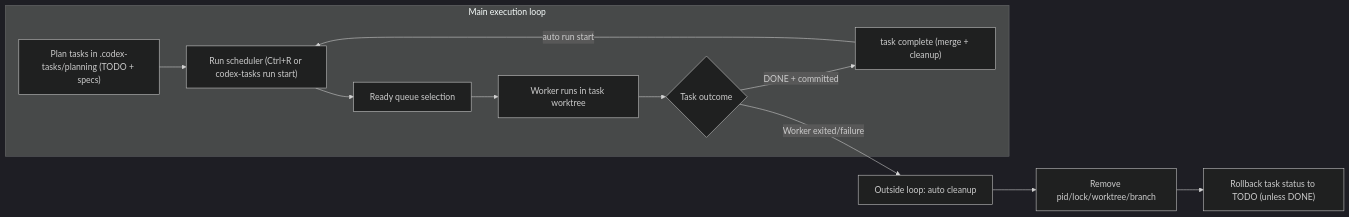
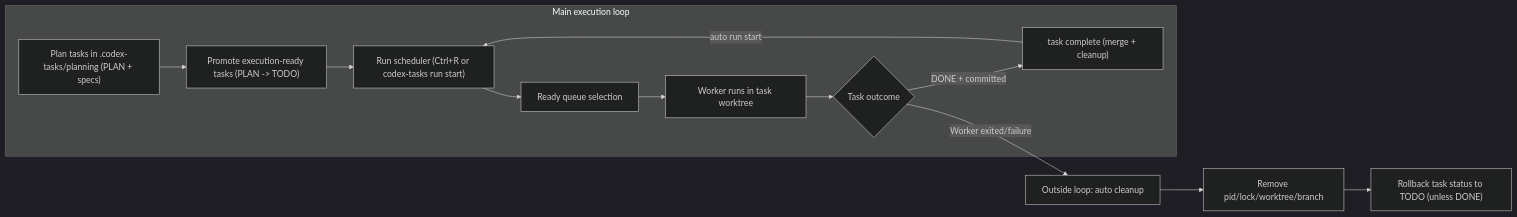
The second of 2 diagrams in README.md (jaycho46/codex-tasks), drawn with Mermaid (dark theme) before and after one commit. The commit also changed other lines of this file and 10 other files, not shown here.

````diff
--- a/README.md
+++ b/README.md
@@ -188,15 +198,16 @@
 ```mermaid
 flowchart LR
   subgraph MAIN["Main execution loop"]
-    A["Plan tasks in .codex-tasks/planning (TODO + specs)"] --> B["Run scheduler (Ctrl+R or codex-tasks run start)"]
+    A["Plan tasks in .codex-tasks/planning (PLAN + specs)"] --> A2["Promote execution-ready tasks (PLAN -> TODO)"]
+    A2 --> B["Run scheduler (Ctrl+R or codex-tasks run start)"]
     B --> C["Ready queue selection"]
     C --> D["Worker runs in task worktree"]
     D --> E{"Task outcome"}
     E -- "DONE + committed" --> F["task complete (merge + cleanup)"]
     F -->|"auto run start"| B
   end
 
   E -- "Worker exited/failure" --> G["Outside loop: auto cleanup"]
   G --> H["Remove pid/lock/worktree/branch"]
   H --> I["Rollback task status to TODO (unless DONE)"]
 ```
````
